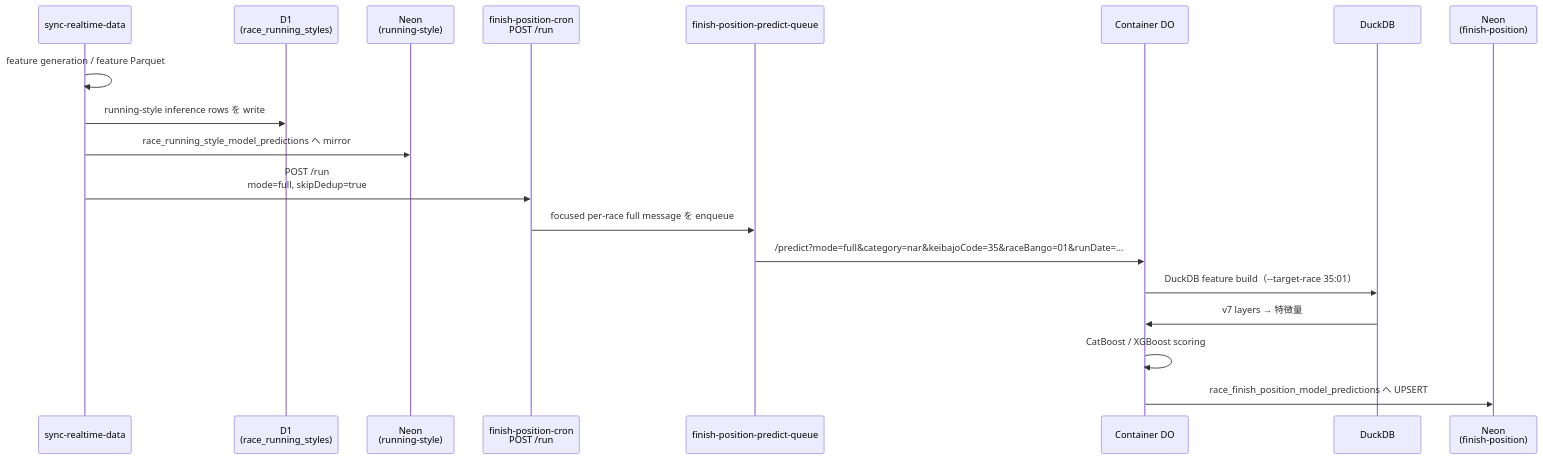
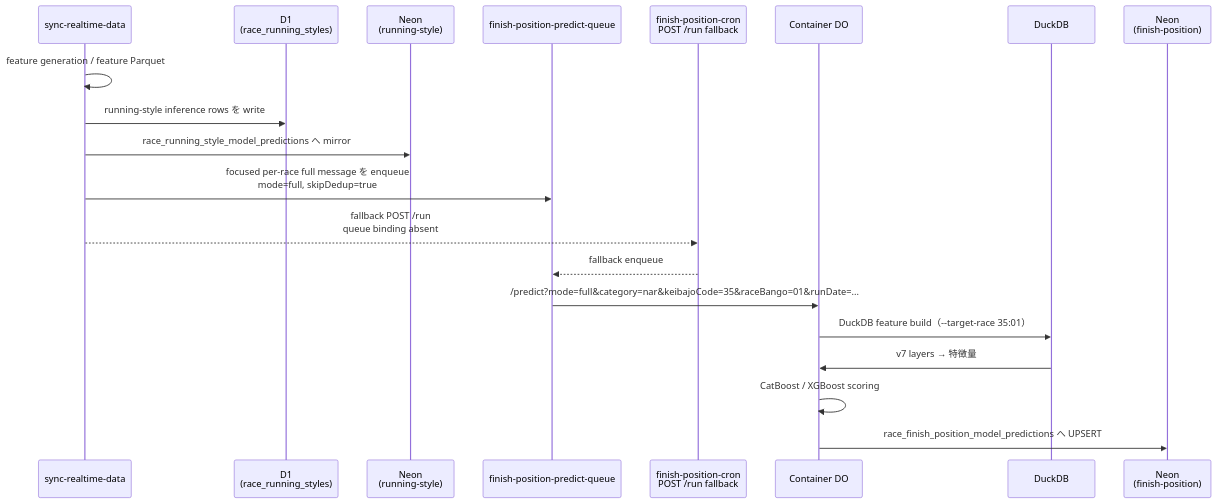
Before and after one commit to kkkaoru/horse-racing-data: the fifth of 10 diagrams in docs/finish-position-prediction-system.md, drawn with Mermaid. The commit also changed other lines of this file and 14 other files, not shown here.

Commit message:
Stabilize finish-position production generation

````diff
--- a/docs/finish-position-prediction-system.md
+++ b/docs/finish-position-prediction-system.md
@@ -443,22 +455,23 @@
 ```mermaid
 sequenceDiagram
     participant RT as sync-realtime-data
     participant D1 as D1<br/>(race_running_styles)
     participant RSN as Neon<br/>(running-style)
-    participant CRON as finish-position-cron<br/>POST /run
     participant Q as finish-position-predict-queue
+    participant CRON as finish-position-cron<br/>POST /run fallback
     participant DO as Container DO
     participant DUCK as DuckDB
     participant FPN as Neon<br/>(finish-position)
 
     RT->>RT: feature generation / feature Parquet
     RT->>D1: running-style inference rows を write
     RT->>RSN: race_running_style_model_predictions へ mirror
-    RT->>CRON: POST /run<br/>mode=full, skipDedup=true
-    CRON->>Q: focused per-race full message を enqueue
+    RT->>Q: focused per-race full message を enqueue<br/>mode=full, skipDedup=true
+    RT-->>CRON: fallback POST /run<br/>queue binding absent
+    CRON-->>Q: fallback enqueue
     Q->>DO: /predict?mode=full&category=nar&keibajoCode=35&raceBango=01&runDate=...
     DO->>DUCK: DuckDB feature build（--target-race 35:01）
     DUCK->>DO: v7 layers → 特徴量
     DO->>DO: CatBoost / XGBoost scoring
     DO->>FPN: race_finish_position_model_predictions へ UPSERT
 ```
````
